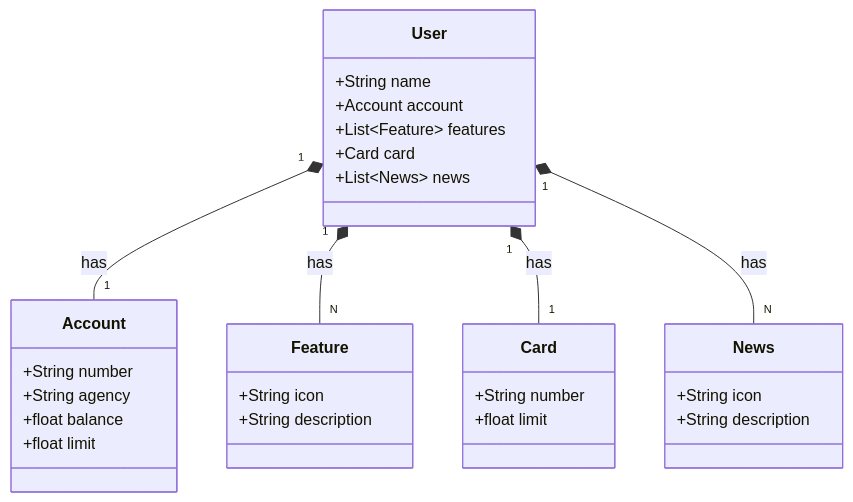
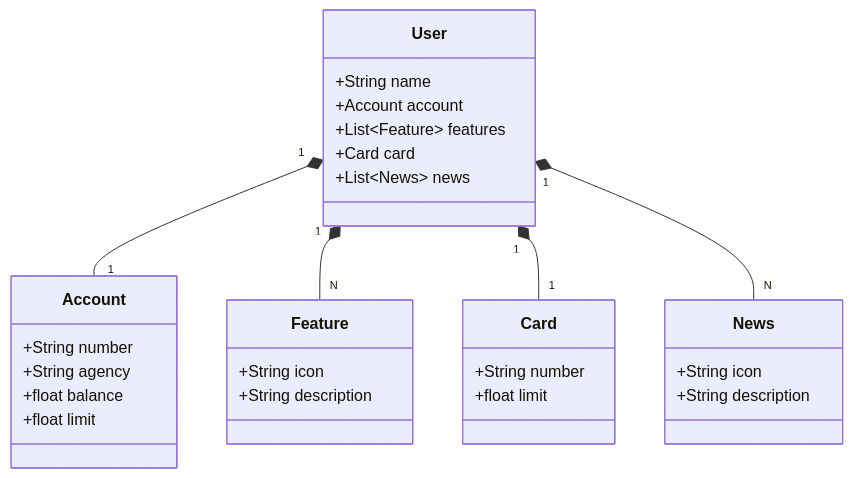
The diagram in README.md (PauloBecker/avanade-dev-week-2025), drawn with Mermaid before and after one commit.

````diff
--- a/README.md
+++ b/README.md
@@ -6,38 +6,38 @@
 ```mermaid
 classDiagram
     class User {
         +String name
         +Account account
         +List~Feature~ features
         +Card card
         +List~News~ news
     }
 
     class Account {
         +String number
         +String agency
         +float balance
         +float limit
     }
 
     class Feature {
         +String icon
         +String description
     }
 
     class Card {
         +String number
         +float limit
     }
 
     class News {
         +String icon
         +String description
     }
 
-    User "1" *-- "1" Account : has
-    User "1" *-- "N" Feature : has
-    User "1" *-- "1" Card : has
-    User "1" *-- "N" News : has
+    User "1" *-- "1" Account : 
+    User "1" *-- "N" Feature : 
+    User "1" *-- "1" Card : 
+    User "1" *-- "N" News : 
 
 ```
````
